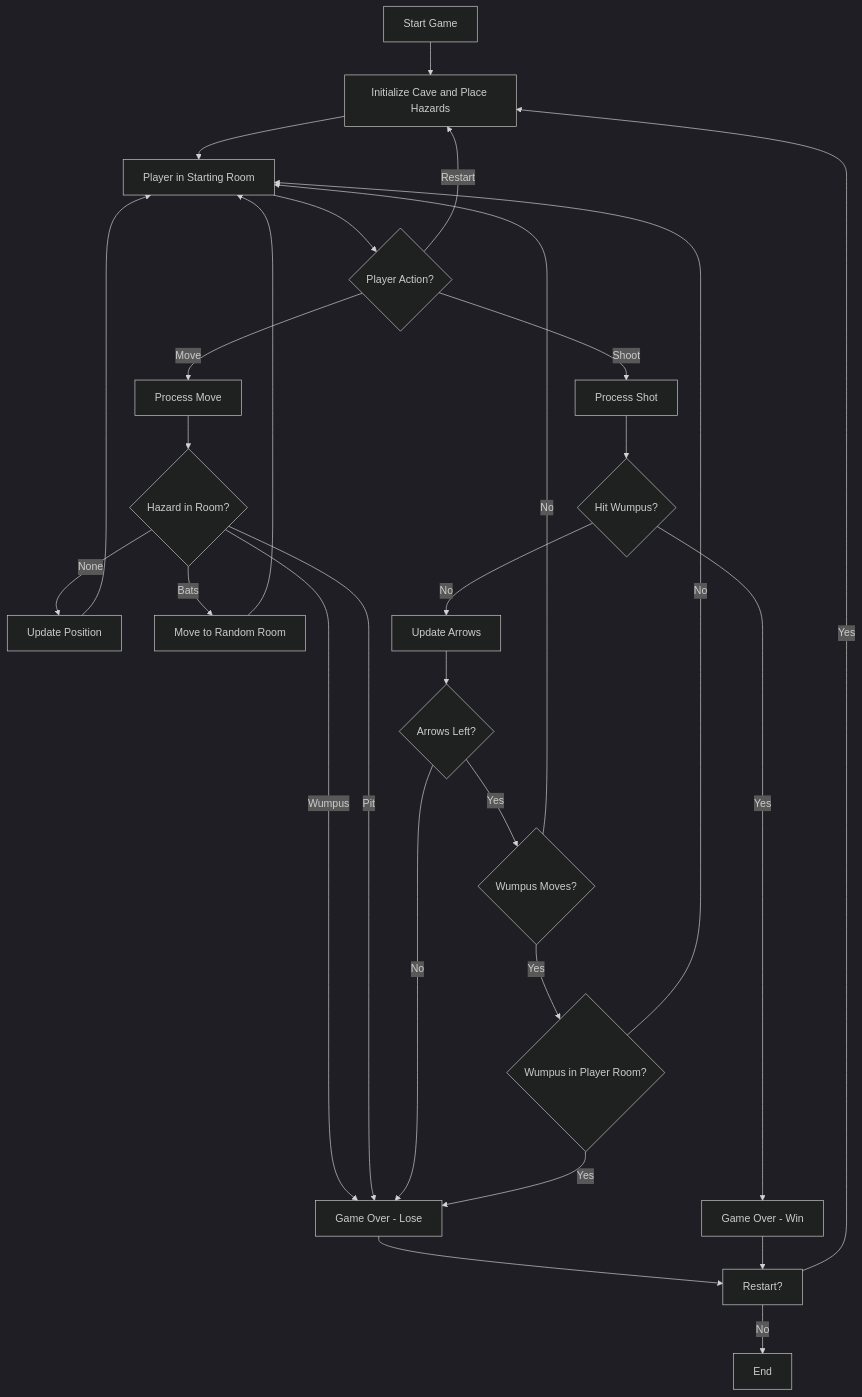
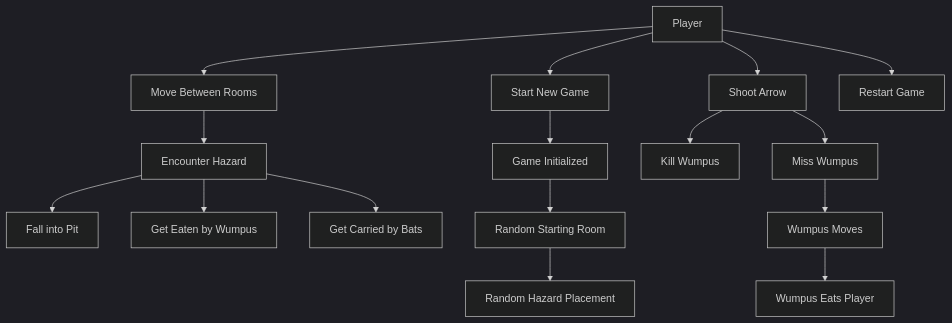
One commit to rpurser47/wumpus changed the first of 6 diagrams in doc/SPECIFICATION.md. Above: the diagram before and after it, drawn with Mermaid (dark theme). The commit also changed other lines of this file, not shown here.

Commit message:
Add comprehensive SPECIFICATION.md with game architecture and implementation details

````diff
--- a/doc/SPECIFICATION.md
+++ b/doc/SPECIFICATION.md
@@ -153,30 +46,22 @@
 ```mermaid
-flowchart TD
-    A[Start Game] --> B[Initialize Cave and Place Hazards]
-    B --> C[Player in Starting Room]
-    C --> D{Player Action?}
-    D -- Move --> E[Process Move]
-    D -- Shoot --> F[Process Shot]
-    D -- Restart --> B
-    E --> G{Hazard in Room?}
-    G -- None --> H[Update Position]
-    G -- Wumpus --> I[Game Over - Lose]
-    G -- Pit --> I
-    G -- Bats --> J[Move to Random Room]
-    F --> K{Hit Wumpus?}
-    K -- Yes --> L[Game Over - Win]
-    K -- No --> M[Update Arrows]
-    M --> N{Arrows Left?}
-    N -- Yes --> O{Wumpus Moves?}
-    N -- No --> I
-    O -- Yes --> P{Wumpus in Player Room?}
-    O -- No --> C
-    P -- Yes --> I
-    P -- No --> C
-    H --> C
-    J --> C
-    I --> Q[Restart?]
-    L --> Q
-    Q -- Yes --> B
-    Q -- No --> R[End]
+graph TD
+    A[Player] --> B[Start New Game]
+    A --> C[Move Between Rooms]
+    A --> D[Shoot Arrow]
+    A --> E[Restart Game]
+
+    C --> F[Encounter Hazard]
+    F --> G[Fall into Pit]
+    F --> H[Get Eaten by Wumpus]
+    F --> I[Get Carried by Bats]
+
+    D --> J[Miss Wumpus]
+    D --> K[Kill Wumpus]
+
+    J --> L[Wumpus Moves]
+    L --> M[Wumpus Eats Player]
+
+    B --> N[Game Initialized]
+    N --> O[Random Starting Room]
+    O --> P[Random Hazard Placement]
 ```
````
